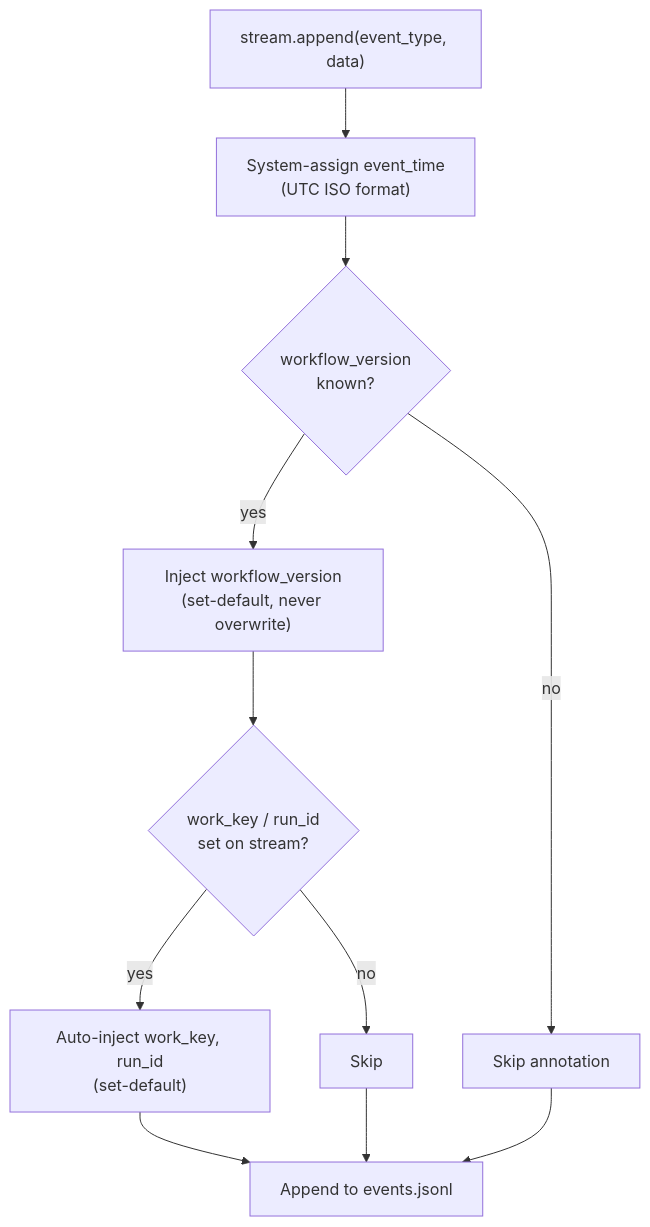
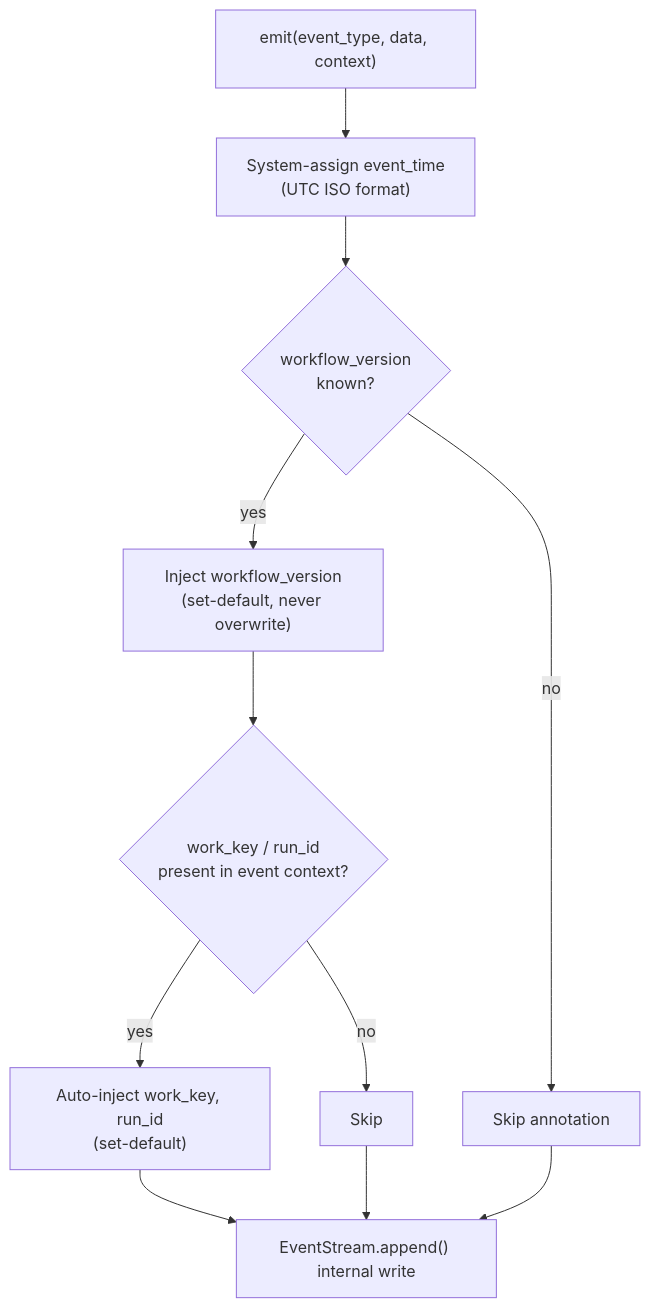
One commit to foolishimp/abiogenesis changed diagram 18 of 23 in docs/ABG_Design_Document.md. Above: the diagram before and after it, drawn with Mermaid. The commit also changed other lines of this file and 26 other files, not shown here.

````diff
--- a/docs/ABG_Design_Document.md
+++ b/docs/ABG_Design_Document.md
@@ -826,13 +843,13 @@
 ```mermaid
 flowchart TD
-    E["stream.append(event_type, data)"] --> TS["System-assign event_time\n(UTC ISO format)"]
+    E["emit(event_type, data, context)"] --> TS["System-assign event_time\n(UTC ISO format)"]
     TS --> WV{"workflow_version\nknown?"}
     WV -->|yes| AN["Inject workflow_version\n(set-default, never overwrite)"]
     WV -->|no| SK["Skip annotation"]
-    AN --> WKI{"work_key / run_id\nset on stream?"}
+    AN --> WKI{"work_key / run_id\npresent in event context?"}
     WKI -->|yes| INJ["Auto-inject work_key, run_id\n(set-default)"]
     WKI -->|no| SK2["Skip"]
-    INJ --> AP["Append to events.jsonl"]
+    INJ --> AP["EventStream.append() internal write"]
     SK --> AP
     SK2 --> AP
 ```
````
